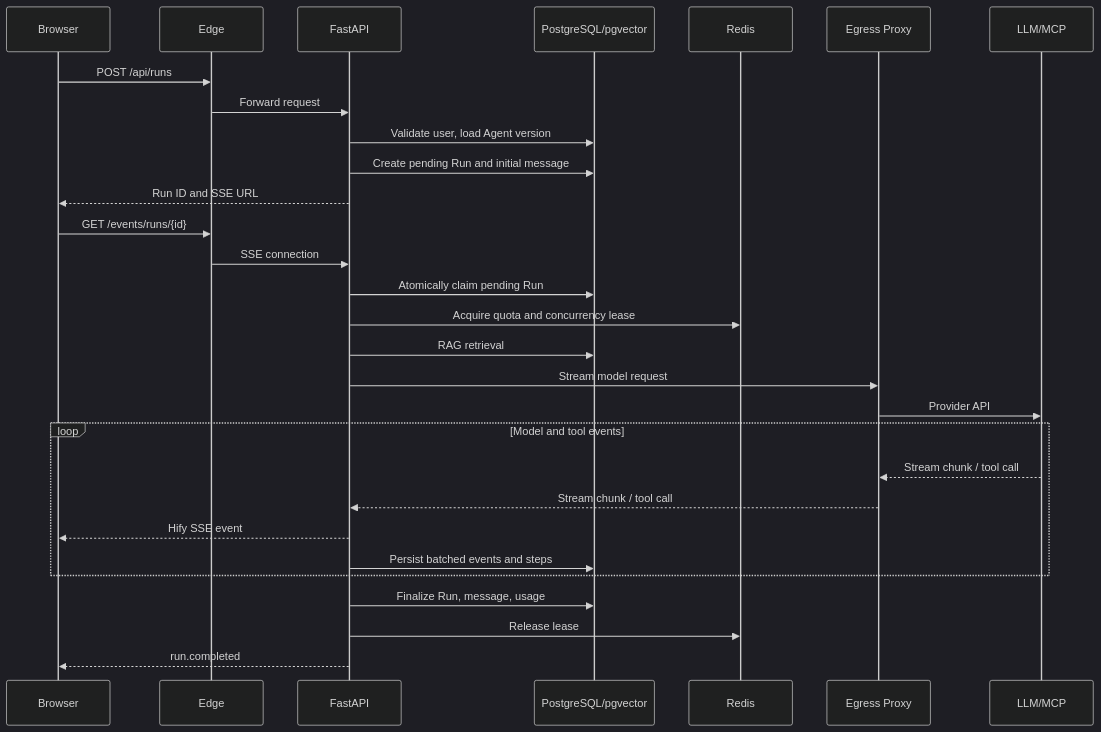
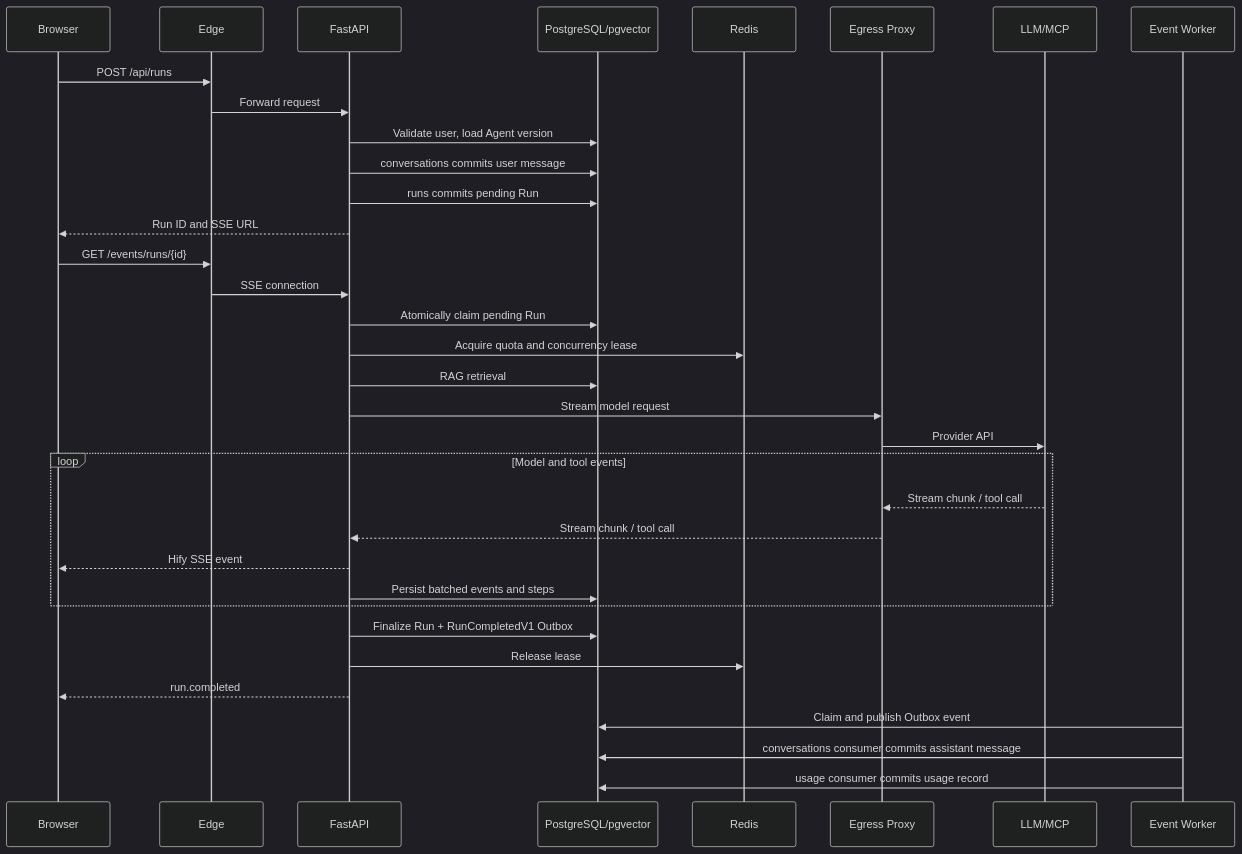
One commit to wangzupeng12061/Hify changed the second of 3 diagrams in docs/architecture/deployment.md. Above: the diagram before and after it, drawn with Mermaid (dark theme). The commit also changed other lines of this file and 118 other files, not shown here.

````diff
--- a/docs/architecture/deployment.md
+++ b/docs/architecture/deployment.md
@@ -279,32 +280,37 @@
 ```mermaid
 sequenceDiagram
     participant B as Browser
     participant E as Edge
     participant A as FastAPI
     participant P as PostgreSQL/pgvector
     participant R as Redis
     participant X as Egress Proxy
     participant L as LLM/MCP
+    participant W as Event Worker
 
     B->>E: POST /api/runs
     E->>A: Forward request
     A->>P: Validate user, load Agent version
-    A->>P: Create pending Run and initial message
+    A->>P: conversations commits user message
+    A->>P: runs commits pending Run
     A-->>B: Run ID and SSE URL
     B->>E: GET /events/runs/{id}
     E->>A: SSE connection
     A->>P: Atomically claim pending Run
     A->>R: Acquire quota and concurrency lease
     A->>P: RAG retrieval
     A->>X: Stream model request
     X->>L: Provider API
     loop Model and tool events
         L-->>X: Stream chunk / tool call
         X-->>A: Stream chunk / tool call
         A-->>B: Hify SSE event
         A->>P: Persist batched events and steps
     end
-    A->>P: Finalize Run, message, usage
+    A->>P: Finalize Run + RunCompletedV1 Outbox
     A->>R: Release lease
     A-->>B: run.completed
+    W->>P: Claim and publish Outbox event
+    W->>P: conversations consumer commits assistant message
+    W->>P: usage consumer commits usage record
 ```
````
